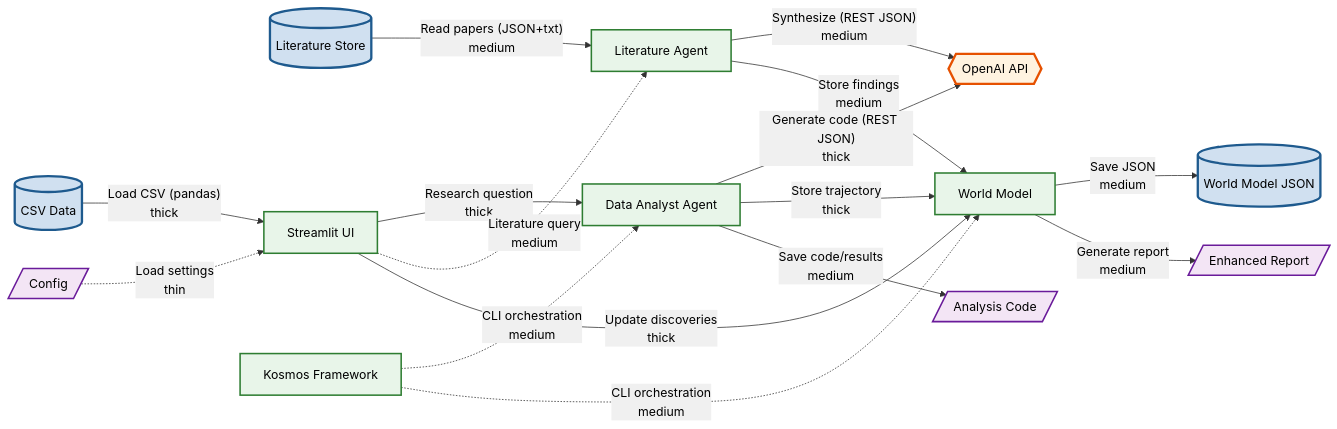
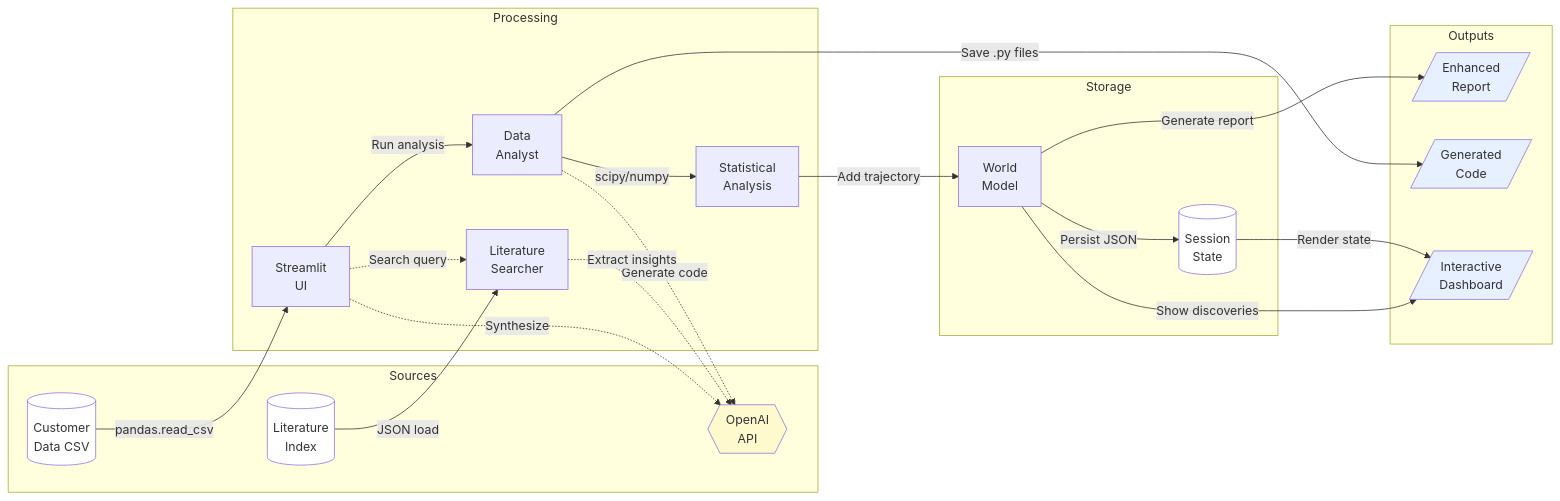
One commit to jamesyoung93/Agentic_Insights changed the diagram in diagram_source.mmd. Above: the diagram before and after it, drawn with Mermaid. The commit also changed 5 other files, not shown here.

```diff
--- a/diagram_source.mmd
+++ b/diagram_source.mmd
@@ -1,69 +1,50 @@
-%%{init: {'theme':'base', 'themeVariables': { 'primaryColor':'#f0f0f0','primaryTextColor':'#000','primaryBorderColor':'#333','lineColor':'#333','fontSize':'16px'}}}%%
 graph LR
-    %% Node Definitions
-    %% Sources Swimlane
-    csv_data[(CSV Data)]
-    literature_store[(Literature Store)]
-    config[/Config/]
+    %% Agentic Insights Architecture
 
-    %% Processing Swimlane
-    streamlit_ui[Streamlit UI]
-    kosmos_framework[Kosmos Framework]
+    subgraph Sources
+        CSV[("Customer<br/>Data CSV")]
+        LIT[("Literature<br/>Index")]
+        API{{OpenAI<br/>API}}
+    end
 
-    %% Agent Layer Swimlane
-    data_analyst[Data Analyst Agent]
-    lit_search_agent[Literature Agent]
-    world_model[World Model]
+    subgraph Processing
+        UI[Streamlit<br/>UI]
+        DA[Data<br/>Analyst]
+        LS[Literature<br/>Searcher]
+        STATS[Statistical<br/>Analysis]
+    end
 
-    %% External Swimlane
-    openai_api{{OpenAI API}}
+    subgraph Storage
+        WM[World<br/>Model]
+        STATE[("Session<br/>State")]
+    end
 
-    %% Storage Swimlane
-    world_model_state[(World Model JSON)]
+    subgraph Outputs
+        RPT[/Enhanced<br/>Report/]
+        CODE[/Generated<br/>Code/]
+        DASH[/Interactive<br/>Dashboard/]
+    end
 
-    %% Outputs Swimlane
-    enhanced_report[/Enhanced Report/]
-    analysis_artifacts[/Analysis Code/]
+    %% Data flows
+    CSV -->|pandas.read_csv| UI
+    LIT -->|JSON load| LS
+    UI -->|Run analysis| DA
+    UI -.->|Search query| LS
+    DA -.->|Generate code| API
+    LS -.->|Extract insights| API
+    UI -.->|Synthesize| API
+    DA -->|scipy/numpy| STATS
+    STATS -->|Add trajectory| WM
+    WM -->|Persist JSON| STATE
+    WM -->|Generate report| RPT
+    DA -->|Save .py files| CODE
+    STATE -->|Render state| DASH
+    WM -->|Show discoveries| DASH
 
-    %% Edge Definitions (15 edges total)
-    %% Sources → Processing
-    csv_data -->|"Load CSV (pandas)<br/>thick"| streamlit_ui
-    config -.->|"Load settings<br/>thin"| streamlit_ui
-
-    %% Sources → Agents
-    literature_store -->|"Read papers (JSON+txt)<br/>medium"| lit_search_agent
-
-    %% Processing → Agents
-    streamlit_ui -->|"Research question<br/>thick"| data_analyst
-    streamlit_ui -.->|"Literature query<br/>medium"| lit_search_agent
-    streamlit_ui -->|"Update discoveries<br/>thick"| world_model
-
-    %% CLI Alternative (dashed)
-    kosmos_framework -.->|"CLI orchestration<br/>medium"| data_analyst
-    kosmos_framework -.->|"CLI orchestration<br/>medium"| world_model
-
-    %% Agents → External
-    data_analyst -->|"Generate code (REST JSON)<br/>thick"| openai_api
-    lit_search_agent -->|"Synthesize (REST JSON)<br/>medium"| openai_api
-
-    %% Agents → World Model
-    data_analyst -->|"Store trajectory<br/>thick"| world_model
-    lit_search_agent -->|"Store findings<br/>medium"| world_model
-
-    %% World Model → Storage
-    world_model -->|"Save JSON<br/>medium"| world_model_state
-
-    %% World Model → Outputs
-    world_model -->|"Generate report<br/>medium"| enhanced_report
-    data_analyst -->|"Save code/results<br/>medium"| analysis_artifacts
-
-    %% Styling
-    classDef datastoreStyle fill:#d0e0f0,stroke:#1e5a8e,stroke-width:3px
-    classDef serviceStyle fill:#e8f5e9,stroke:#2e7d32,stroke-width:2px
-    classDef externalStyle fill:#fff3e0,stroke:#e65100,stroke-width:3px
-    classDef outputStyle fill:#f3e5f5,stroke:#6a1b9a,stroke-width:2px
-
-    class csv_data,literature_store,world_model_state datastoreStyle
-    class streamlit_ui,kosmos_framework,data_analyst,lit_search_agent,world_model serviceStyle
-    class openai_api externalStyle
-    class config,enhanced_report,analysis_artifacts outputStyle
+    style CSV fill:#fff
+    style LIT fill:#fff
+    style API fill:#ffface
+    style STATE fill:#fff
+    style RPT fill:#e6f0ff
+    style CODE fill:#e6f0ff
+    style DASH fill:#e6f0ff
```
